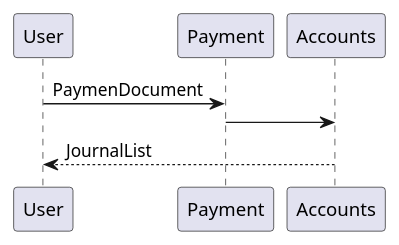
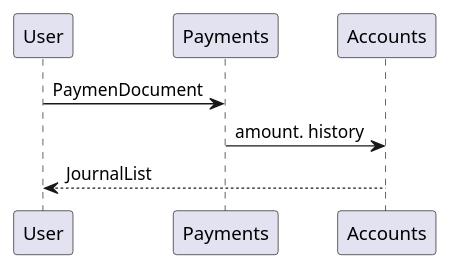
Before and after one commit to cclonner/plantUML: the diagram in README.md, drawn with PlantUML. The commit also changed 4 other files, not shown here.

```diff
--- a/README.md
+++ b/README.md
@@ -5,6 +5,6 @@
 @startuml
-User -> Payment : PaymenDocument
-Payment -> Accounts: 
+User -> Payments : PaymenDocument
+Payments -> Accounts:  amount. history
 Accounts --> User : JournalList
 deactivate Accounts
-@enduml
+@enduml0я
```
